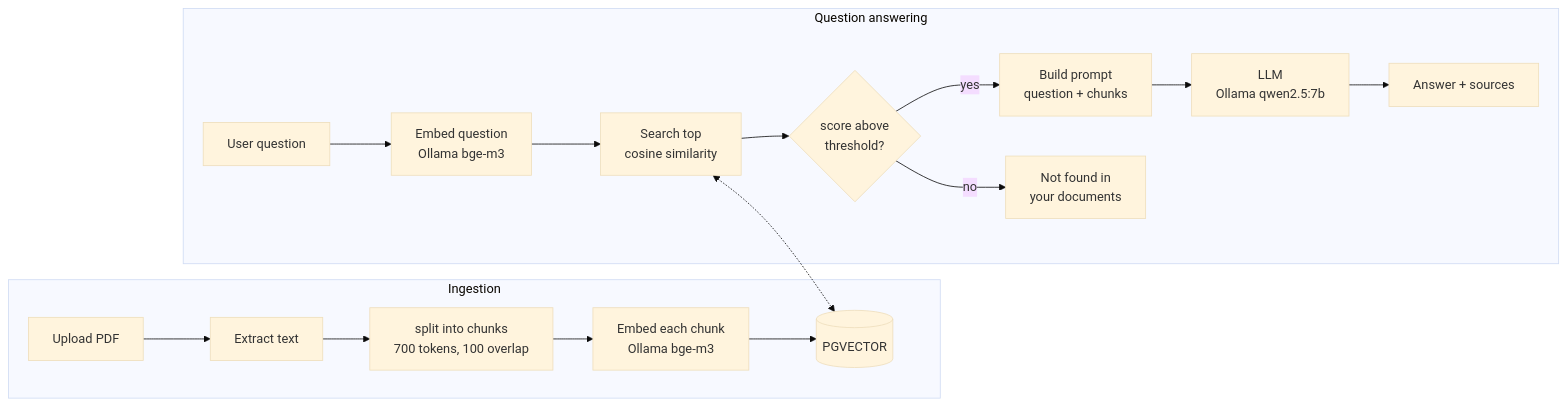
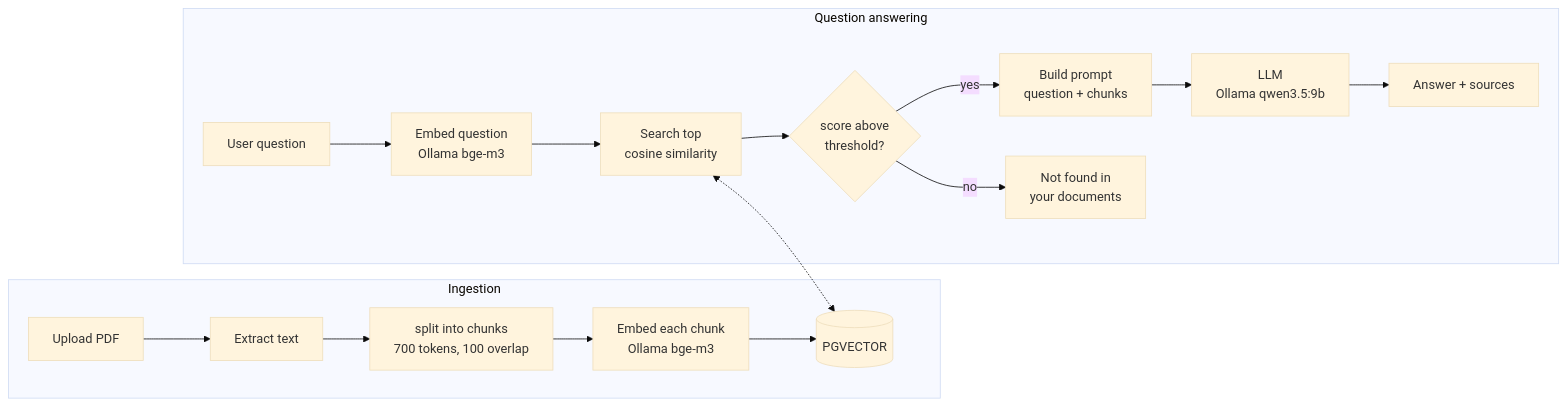
Before and after one commit to alimicrocenter/rag-doc-qa: the diagram in README.md, drawn with Mermaid (base theme). The commit also changed 4 other files, not shown here.

````diff
--- a/README.md
+++ b/README.md
@@ -7,21 +7,21 @@
 ```mermaid
 flowchart LR
     subgraph Ingestion
         U[Upload PDF] --> X[Extract text]
         X --> C[split into chunks<br/>700 tokens, 100 overlap]
         C --> E[Embed each chunk<br/>Ollama bge-m3]
         E --> DB[(PGVECTOR)]
     end
 
     subgraph QA[Question answering]
         Q[User question] --> QE[Embed question<br/>Ollama bge-m3]
         QE --> S[Search top<br/>cosine similarity]
         S --> T{score above<br/>threshold?}
         T -->|yes| P[Build prompt<br/>question + chunks]
-        P --> L[LLM<br/>Ollama qwen2.5:7b]
+        P --> L[LLM<br/>Ollama qwen3.5:9b]
         L --> A[Answer + sources]
         T --> |no| N[Not found in<br/>your documents]
     end
 
     S <-.-> DB
 ```
````
